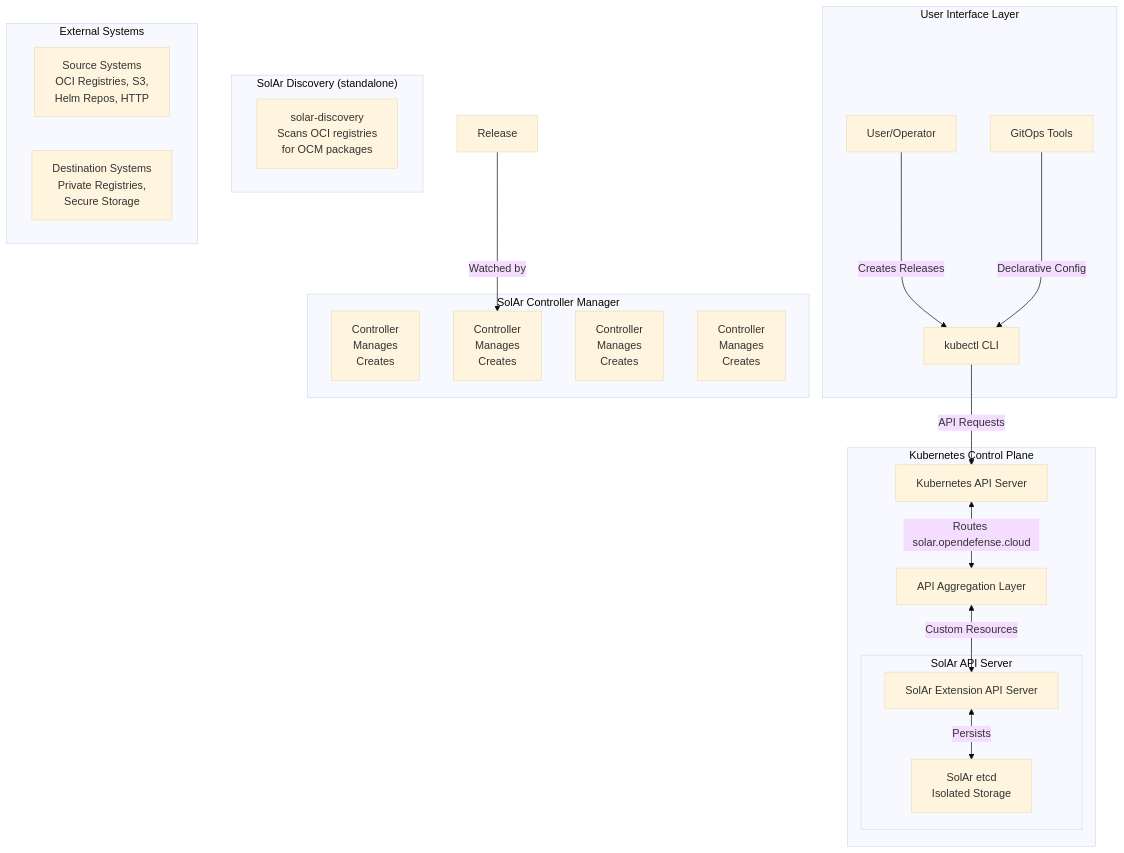
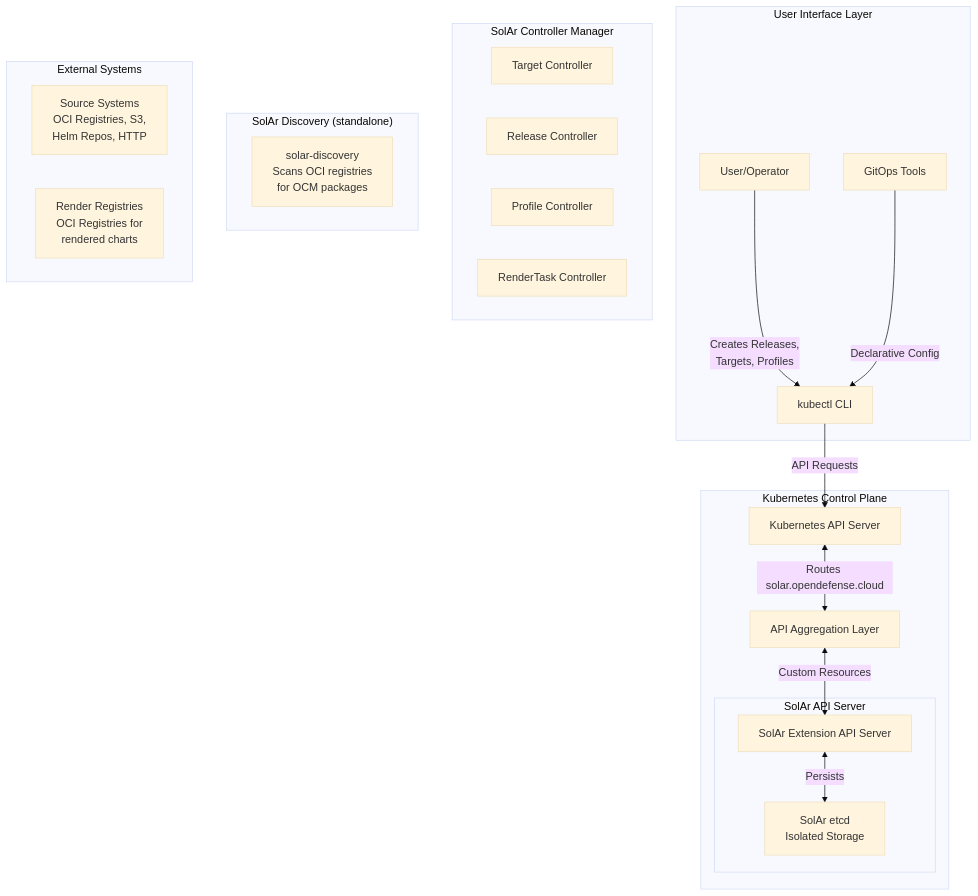
One commit to opendefensecloud/solution-arsenal changed the first of 2 diagrams in docs/developer-guide/architecture.md. Above: the diagram before and after it, drawn with Mermaid (base theme). The commit also changed other lines of this file and 100 other files, not shown here.

````diff
--- a/docs/developer-guide/architecture.md
+++ b/docs/developer-guide/architecture.md
@@ -5,44 +5,42 @@
 ```mermaid
 graph TB
     subgraph "User Interface Layer"
         User["User/Operator"]
         Kubectl["kubectl CLI"]
         GitOps["GitOps Tools"]
     end
 
     subgraph "Kubernetes Control Plane"
         K8sAPI["Kubernetes API Server"]
         APIAgg["API Aggregation Layer"]
 
         subgraph "SolAr API Server"
             SOLARAPI["SolAr Extension API Server"]
             SOLARETCD["SolAr etcd<br/>Isolated Storage"]
         end
     end
 
     subgraph "SolAr Controller Manager"
-        TargetCtrl["Controller<br/>Manages<br/>Creates"]
-        ReleaseCtrl["Controller<br/>Manages<br/>Creates"]
-        BootstrapCtrl["Controller<br/>Manages<br/>Creates"]
-        RenderTaskCtrl["Controller<br/>Manages<br/>Creates"]
+        TargetCtrl["Target Controller"]
+        ReleaseCtrl["Release Controller"]
+        ProfileCtrl["Profile Controller"]
+        RenderTaskCtrl["RenderTask Controller"]
     end
 
     subgraph "SolAr Discovery (standalone)"
         Discovery["solar-discovery<br/>Scans OCI registries<br/>for OCM packages"]
     end
 
     subgraph "External Systems"
         SrcReg["Source Systems<br/>OCI Registries, S3,<br/>Helm Repos, HTTP"]
-        DstReg["Destination Systems<br/>Private Registries,<br/>Secure Storage"]
+        DstReg["Render Registries<br/>OCI Registries for<br/>rendered charts"]
     end
 
-    User -->|"Creates Releases"| Kubectl
+    User -->|"Creates Releases,<br/>Targets, Profiles"| Kubectl
     GitOps -->|"Declarative Config"| Kubectl
     Kubectl -->|"API Requests"| K8sAPI
 
     K8sAPI <-->|"Routes solar.opendefense.cloud"| APIAgg
     APIAgg <-->|"Custom Resources"| SOLARAPI
     SOLARAPI <-->|"Persists"| SOLARETCD
-
-    Release -->|"Watched by"| ReleaseCtrl
 ```
````
